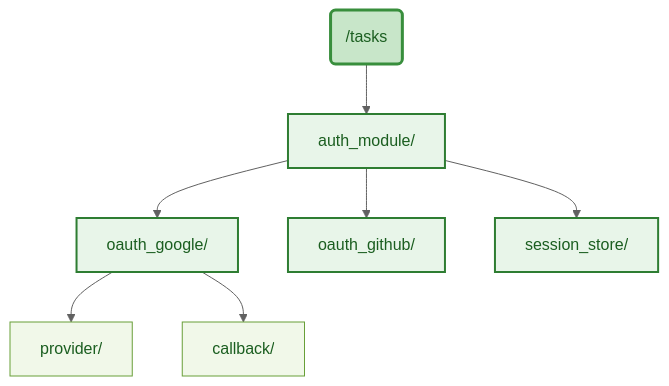
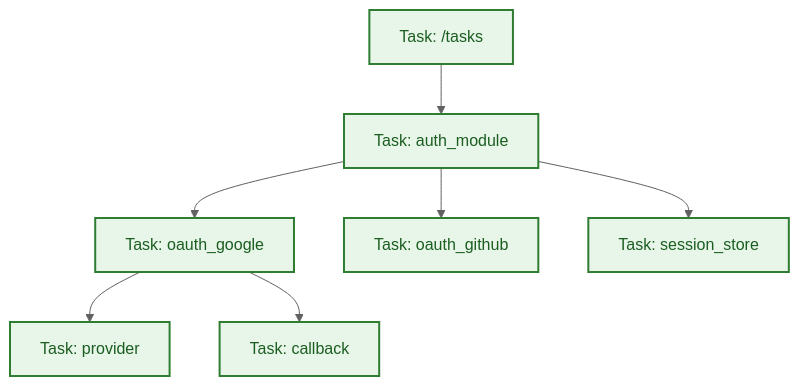
The third of 9 diagrams in docs/spec.md (Lazyn0tBug/mem0ress), drawn with Mermaid before and after one commit. The commit also changed other lines of this file, not shown here.

````diff
--- a/docs/spec.md
+++ b/docs/spec.md
@@ -215,26 +211,15 @@
 ```mermaid
-%% label：分形树状结构
+%% label：同构认知单元示意
 %%{ init: { 'theme': 'base', 'themeVariables': { 'primaryColor': '#e8f5e9', 'primaryTextColor': '#1b5e20', 'primaryBorderColor': '#2e7d32', 'lineColor': '#616161', 'secondaryColor': '#fafafa', 'tertiaryColor': '#f5f5f5' } } }%%
 graph TD
-    root("/tasks")
-    A["auth_module/"]
-    A1["oauth_google/"]
-    A2["oauth_github/"]
-    A3["session_store/"]
-    A1a["provider/"]
-    A1b["callback/"]
-
-    root --> A
-    A --> A1
-    A --> A2
-    A --> A3
-    A1 --> A1a
-    A1 --> A1b
+    root["Task: /tasks"] --> A["Task: auth_module"]
+    A --> A1["Task: oauth_google"]
+    A --> A2["Task: oauth_github"]
+    A --> A3["Task: session_store"]
+    A1 --> A1a["Task: provider"]
+    A1 --> A1b["Task: callback"]
 
     classDef task fill:#e8f5e9,stroke:#2e7d32,stroke-width:2px;
     classDef root fill:#c8e6c9,stroke:#388e3c,stroke-width:3px;
-    classDef leaf fill:#f1f8e9,stroke:#689f38,stroke-width:1px;
-    class root root;
-    class A,A1,A2,A3 task;
-    class A1a,A1b leaf;
+    class root,A,A1,A2,A3,A1a,A1b task;
 ```
````
